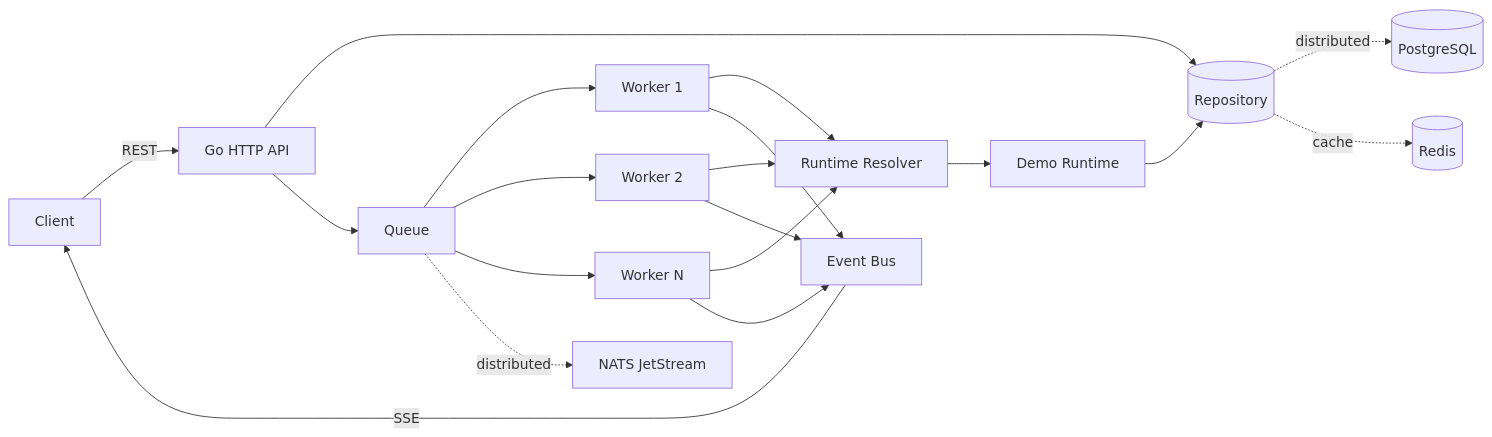
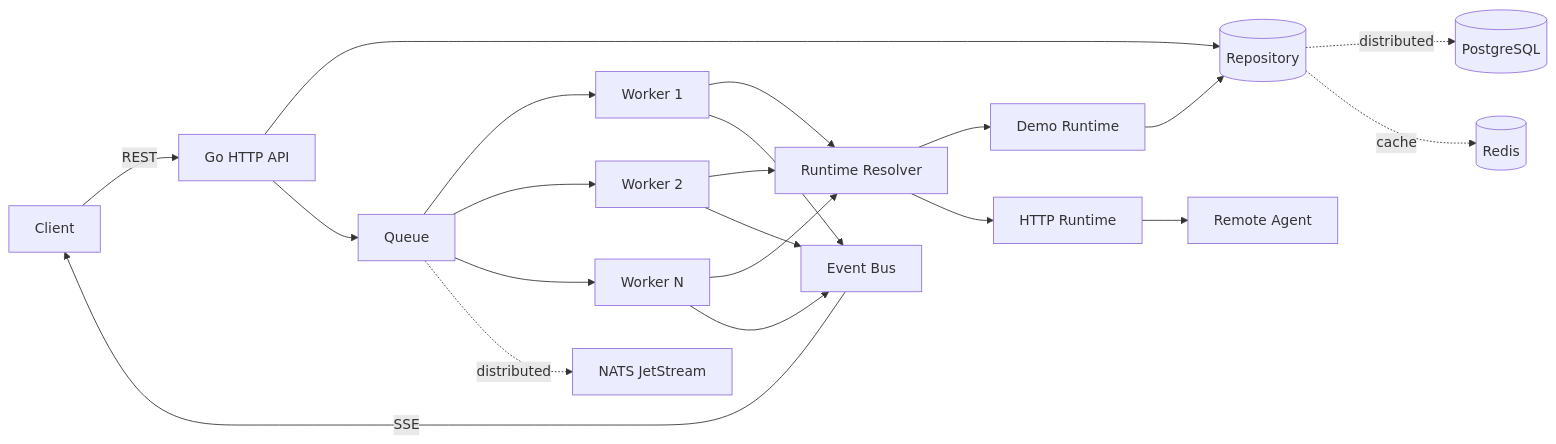
The diagram in README.md (thiagomontozo/agentmesh), drawn with Mermaid before and after one commit. The commit also changed other lines of this file and 7 other files, not shown here.

Commit message:
feat: add remote HTTP runtime

````diff
--- a/README.md
+++ b/README.md
@@ -24,21 +24,23 @@
 ```mermaid
 flowchart LR
     C[Client] -->|REST| API[Go HTTP API]
     API --> S[(Repository)]
     API --> Q[Queue]
     Q --> W1[Worker 1]
     Q --> W2[Worker 2]
     Q --> WN[Worker N]
     W1 --> RR[Runtime Resolver]
     W2 --> RR
     WN --> RR
     RR --> D[Demo Runtime]
+    RR --> H[HTTP Runtime]
+    H --> A[Remote Agent]
     D --> S
     W1 --> B[Event Bus]
     W2 --> B
     WN --> B
     B -->|SSE| C
     S -. distributed .-> PG[(PostgreSQL)]
     S -. cache .-> R[(Redis)]
     Q -. distributed .-> N[NATS JetStream]
 ```
````
